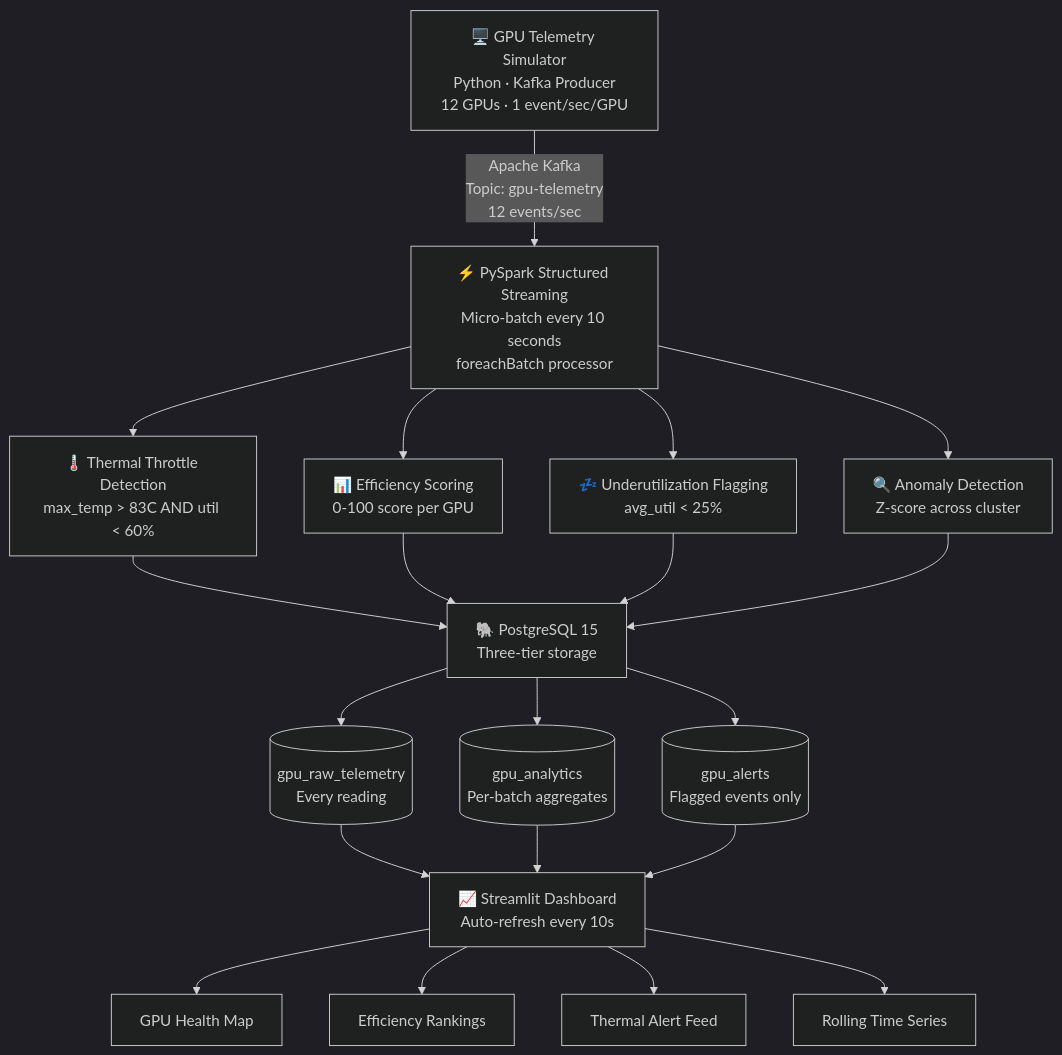
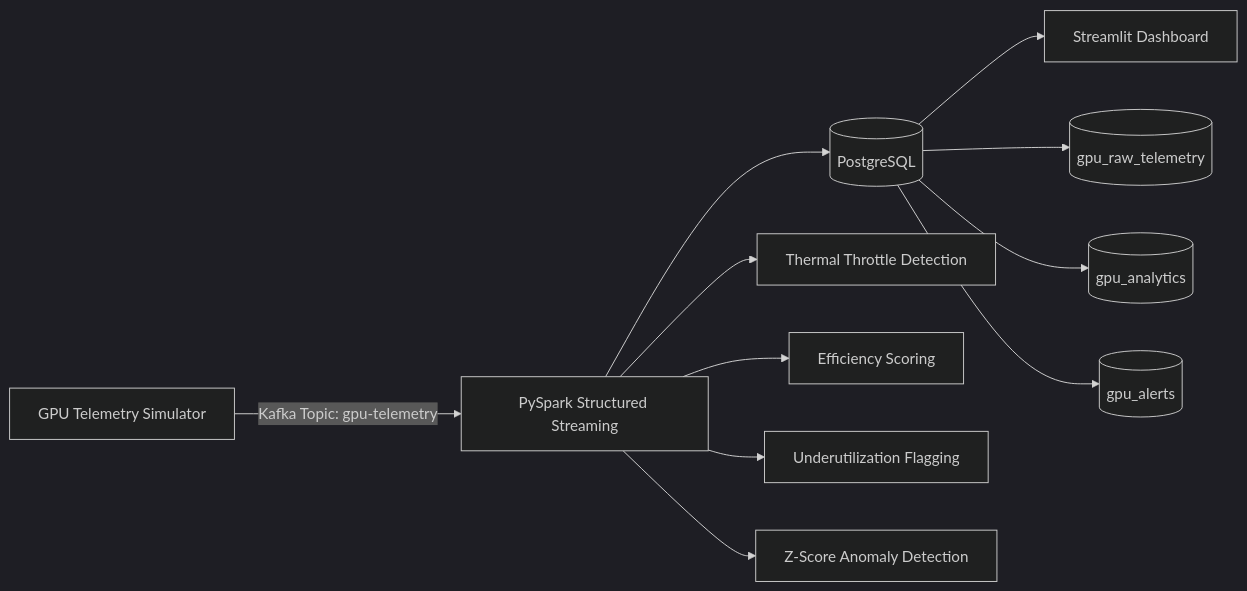
Before and after one commit to harshvekaria/gpu-cluster-monitor: the diagram in README.md, drawn with Mermaid (dark theme). The commit also changed other lines of this file, not shown here.

Commit message:
docs: fix Mermaid diagram - remove multiline node labels

````diff
--- a/README.md
+++ b/README.md
@@ -12,24 +12,15 @@
 ```mermaid
-flowchart TD
-    A["🖥️ GPU Telemetry Simulator\nPython · Kafka Producer\n12 GPUs · 1 event/sec/GPU"] -->|"Apache Kafka\nTopic: gpu-telemetry\n12 events/sec"| B
+flowchart LR
+    A[GPU Telemetry Simulator] -->|Kafka Topic: gpu-telemetry| B[PySpark Structured Streaming]
+    B --> C[(PostgreSQL)]
+    C --> D[Streamlit Dashboard]
 
-    B["⚡ PySpark Structured Streaming\nMicro-batch every 10 seconds\nforeachBatch processor"]
+    B --> B1[Thermal Throttle Detection]
+    B --> B2[Efficiency Scoring]
+    B --> B3[Underutilization Flagging]
+    B --> B4[Z-Score Anomaly Detection]
 
-    B --> C1["🌡️ Thermal Throttle Detection\nmax_temp > 83C AND util < 60%"]
-    B --> C2["📊 Efficiency Scoring\n0-100 score per GPU"]
-    B --> C3["💤 Underutilization Flagging\navg_util < 25%"]
-    B --> C4["🔍 Anomaly Detection\nZ-score across cluster"]
-
-    C1 & C2 & C3 & C4 --> D["🐘 PostgreSQL 15\nThree-tier storage"]
-
-    D --> D1[("gpu_raw_telemetry\nEvery reading")]
-    D --> D2[("gpu_analytics\nPer-batch aggregates")]
-    D --> D3[("gpu_alerts\nFlagged events only")]
-
-    D1 & D2 & D3 --> E["📈 Streamlit Dashboard\nAuto-refresh every 10s"]
-
-    E --> E1["GPU Health Map"]
-    E --> E2["Efficiency Rankings"]
-    E --> E3["Thermal Alert Feed"]
-    E --> E4["Rolling Time Series"]
+    C --> C1[(gpu_raw_telemetry)]
+    C --> C2[(gpu_analytics)]
+    C --> C3[(gpu_alerts)]
 ```
````
